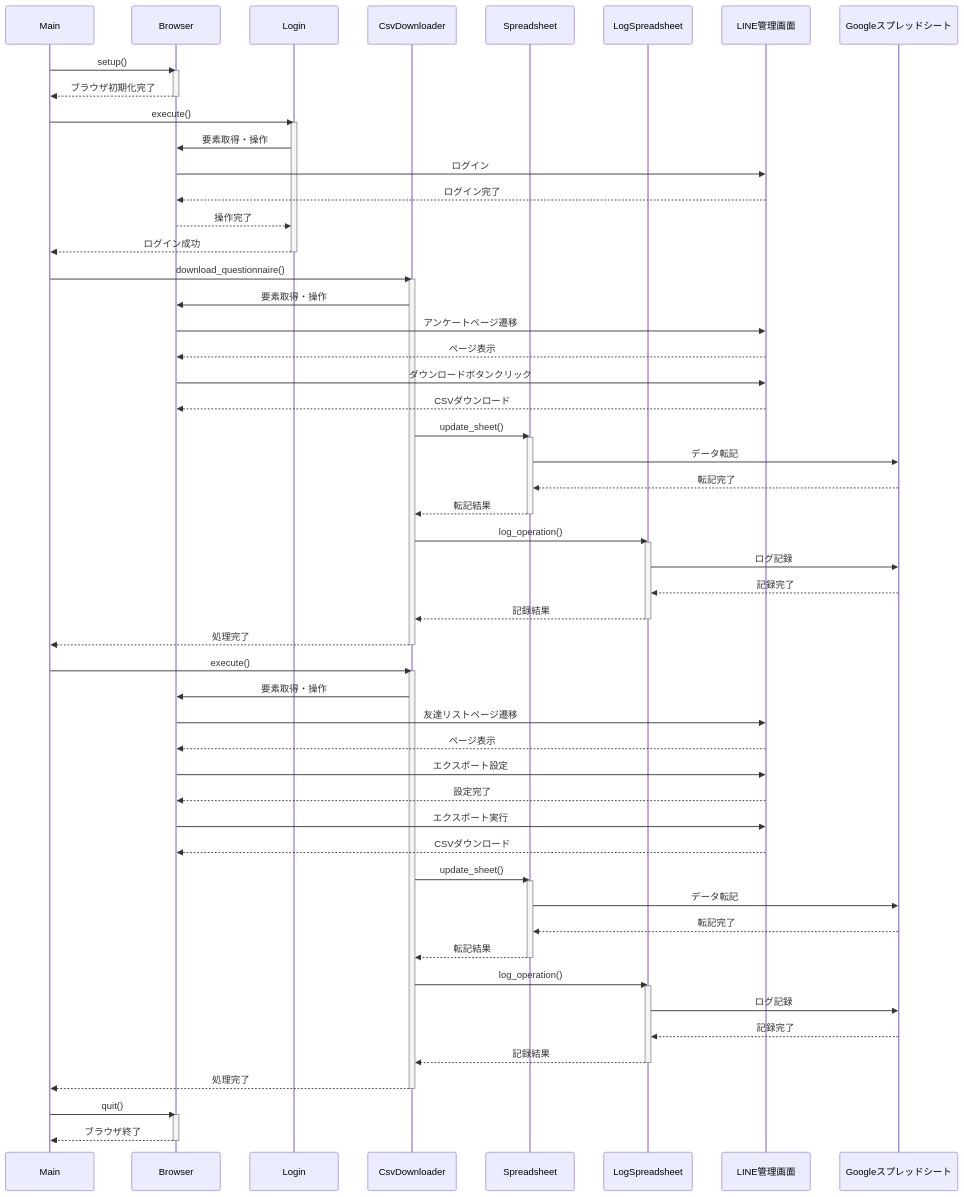
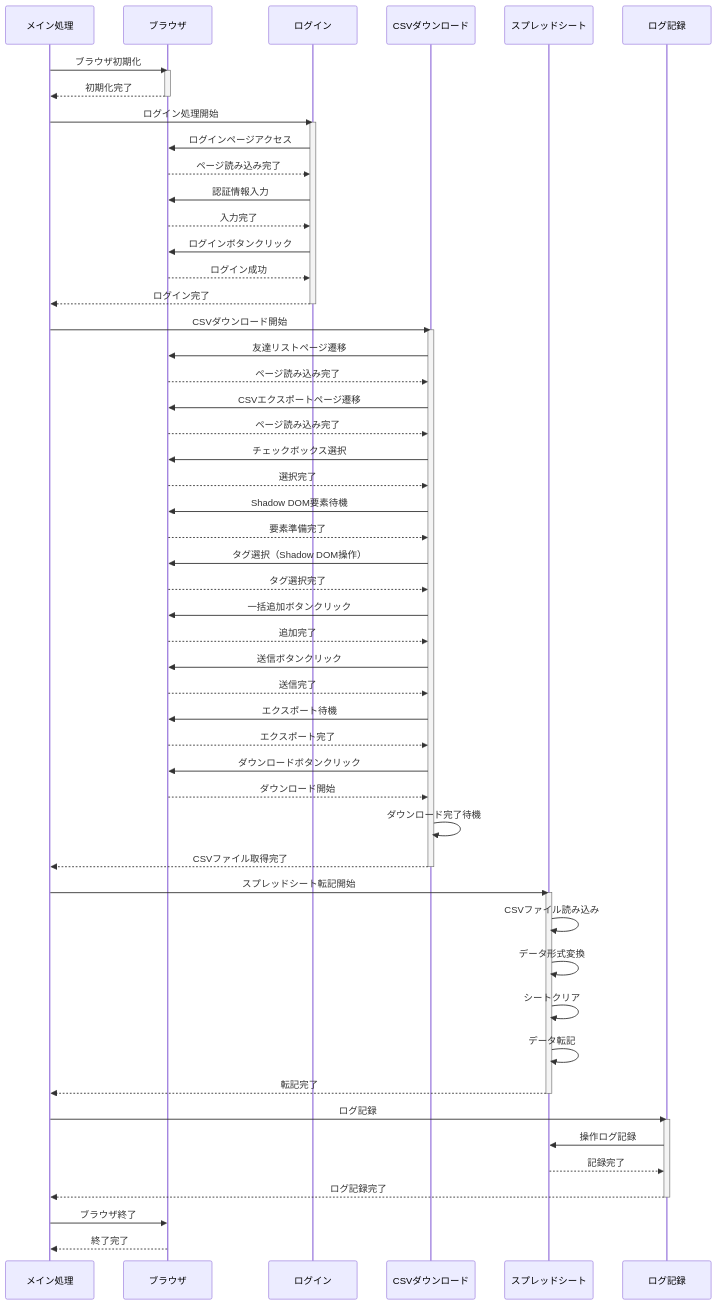
The diagram in docs/sequence.md (gucchon001/lstep_dl), drawn with Mermaid before and after one commit. The commit also changed other lines of this file and 2 other files, not shown here.

Commit message:
Update documentation with Shadow DOM support and error handling improvements

````diff
--- a/docs/sequence.md
+++ b/docs/sequence.md
@@ -1,84 +3,72 @@
 ```mermaid
 sequenceDiagram
-    participant Main
-    participant Browser
-    participant Login
-    participant CSV as CsvDownloader
-    participant Sheet as Spreadsheet
-    participant Log as LogSpreadsheet
-    participant LINE as LINE管理画面
-    participant GSheet as Googleスプレッドシート
+    participant Main as メイン処理
+    participant Browser as ブラウザ
+    participant Login as ログイン
+    participant CSV as CSVダウンロード
+    participant Sheet as スプレッドシート
+    participant Log as ログ記録
 
-    Main->>Browser: setup()
+    Main->>Browser: ブラウザ初期化
     activate Browser
-    Browser-->>Main: ブラウザ初期化完了
+    Browser-->>Main: 初期化完了
     deactivate Browser
 
-    Main->>Login: execute()
+    Main->>Login: ログイン処理開始
     activate Login
-    Login->>Browser: 要素取得・操作
-    Browser->>LINE: ログイン
-    LINE-->>Browser: ログイン完了
-    Browser-->>Login: 操作完了
-    Login-->>Main: ログイン成功
+    Login->>Browser: ログインページアクセス
+    Browser-->>Login: ページ読み込み完了
+    Login->>Browser: 認証情報入力
+    Browser-->>Login: 入力完了
+    Login->>Browser: ログインボタンクリック
+    Browser-->>Login: ログイン成功
+    Login-->>Main: ログイン完了
     deactivate Login
 
-    %% アンケートデータ処理
-    Main->>CSV: download_questionnaire()
+    Main->>CSV: CSVダウンロード開始
     activate CSV
-    CSV->>Browser: 要素取得・操作
-    Browser->>LINE: アンケートページ遷移
-    LINE-->>Browser: ページ表示
-    Browser->>LINE: ダウンロードボタンクリック
-    LINE-->>Browser: CSVダウンロード
+    CSV->>Browser: 友達リストページ遷移
+    Browser-->>CSV: ページ読み込み完了
+    CSV->>Browser: CSVエクスポートページ遷移
+    Browser-->>CSV: ページ読み込み完了
     
-    CSV->>Sheet: update_sheet()
-    activate Sheet
-    Sheet->>GSheet: データ転記
-    GSheet-->>Sheet: 転記完了
-    Sheet-->>CSV: 転記結果
-    deactivate Sheet
+    CSV->>Browser: チェックボックス選択
+    Browser-->>CSV: 選択完了
     
-    CSV->>Log: log_operation()
-    activate Log
-    Log->>GSheet: ログ記録
-    GSheet-->>Log: 記録完了
-    Log-->>CSV: 記録結果
-    deactivate Log
+    CSV->>Browser: Shadow DOM要素待機
+    Browser-->>CSV: 要素準備完了
+    CSV->>Browser: タグ選択（Shadow DOM操作）
+    Browser-->>CSV: タグ選択完了
+    CSV->>Browser: 一括追加ボタンクリック
+    Browser-->>CSV: 追加完了
     
-    CSV-->>Main: 処理完了
+    CSV->>Browser: 送信ボタンクリック
+    Browser-->>CSV: 送信完了
+    CSV->>Browser: エクスポート待機
+    Browser-->>CSV: エクスポート完了
+    
+    CSV->>Browser: ダウンロードボタンクリック
+    Browser-->>CSV: ダウンロード開始
+    CSV->>CSV: ダウンロード完了待機
+    CSV-->>Main: CSVファイル取得完了
     deactivate CSV
 
-    %% 会員データ処理
-    Main->>CSV: execute()
-    activate CSV
-    CSV->>Browser: 要素取得・操作
-    Browser->>LINE: 友達リストページ遷移
-    LINE-->>Browser: ページ表示
-    Browser->>LINE: エクスポート設定
-    LINE-->>Browser: 設定完了
-    Browser->>LINE: エクスポート実行
-    LINE-->>Browser: CSVダウンロード
-    
-    CSV->>Sheet: update_sheet()
+    Main->>Sheet: スプレッドシート転記開始
     activate Sheet
-    Sheet->>GSheet: データ転記
-    GSheet-->>Sheet: 転記完了
-    Sheet-->>CSV: 転記結果
+    Sheet->>Sheet: CSVファイル読み込み
+    Sheet->>Sheet: データ形式変換
+    Sheet->>Sheet: シートクリア
+    Sheet->>Sheet: データ転記
+    Sheet-->>Main: 転記完了
     deactivate Sheet
-    
-    CSV->>Log: log_operation()
+
+    Main->>Log: ログ記録
     activate Log
-    Log->>GSheet: ログ記録
-    GSheet-->>Log: 記録完了
-    Log-->>CSV: 記録結果
+    Log->>Sheet: 操作ログ記録
+    Sheet-->>Log: 記録完了
+    Log-->>Main: ログ記録完了
     deactivate Log
-    
-    CSV-->>Main: 処理完了
-    deactivate CSV
 
-    Main->>Browser: quit()
-    activate Browser
-    Browser-->>Main: ブラウザ終了
-    deactivate Browser
-``` 
+    Main->>Browser: ブラウザ終了
+    Browser-->>Main: 終了完了
+```
````
